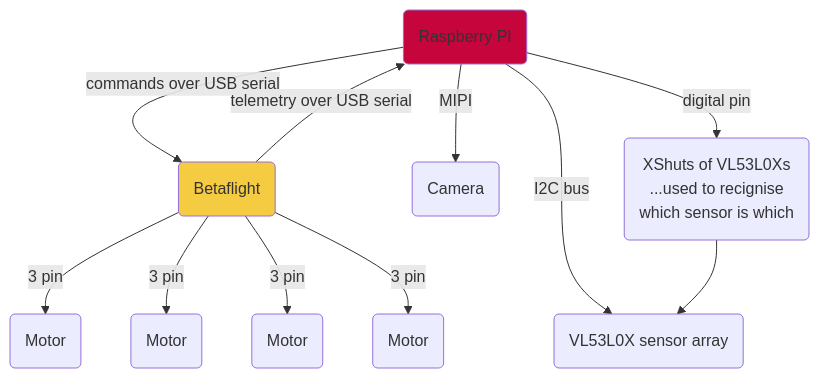
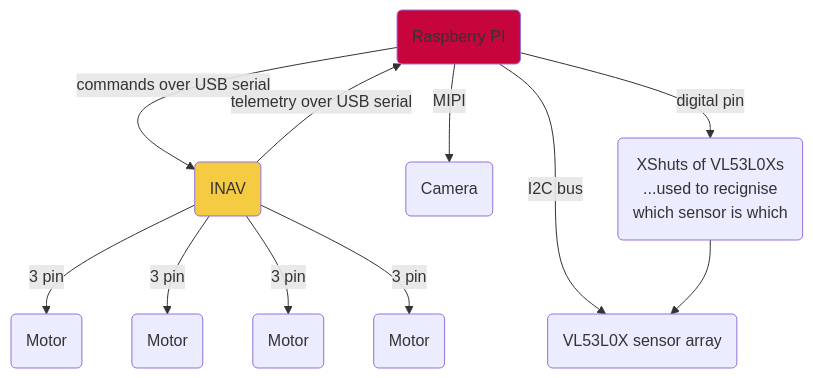
The third of 4 diagrams in doc/index.md (fiserKDZ/Dronelib-KDZ), drawn with Mermaid before and after one commit.

````diff
--- a/doc/index.md
+++ b/doc/index.md
@@ -156,15 +156,15 @@
 ```mermaid
 graph TD
 classDef rpi fill:#c7053d;
 classDef btf fill:#f5cb42;
-PI(Raspberry PI):::rpi -- commands over USB serial --> B(Betaflight):::btf
+PI(Raspberry PI):::rpi -- commands over USB serial --> B(INAV):::btf
 PI -- MIPI --> C(Camera)
 B -- telemetry over USB serial --> PI
 B -- 3 pin --> M1(Motor)
 B -- 3 pin --> M2(Motor)
 B -- 3 pin --> M3(Motor)
 B -- 3 pin --> M4(Motor)
 PI(Raspberry PI) -- I2C bus --> TOF(VL53L0X sensor array)
 PI -- digital pin --> X1(XShuts of VL53L0Xs<br>...used to recignise<br>which sensor is which)
 X1 --> TOF
 ```
````
